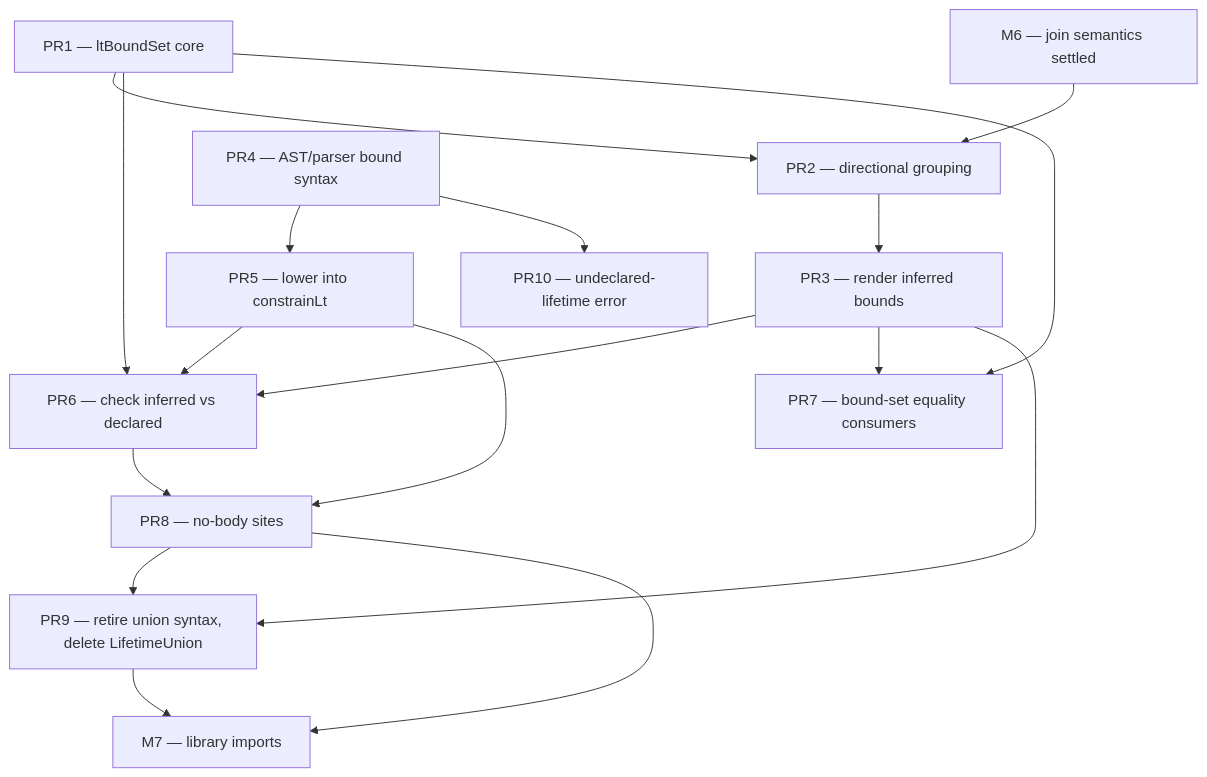
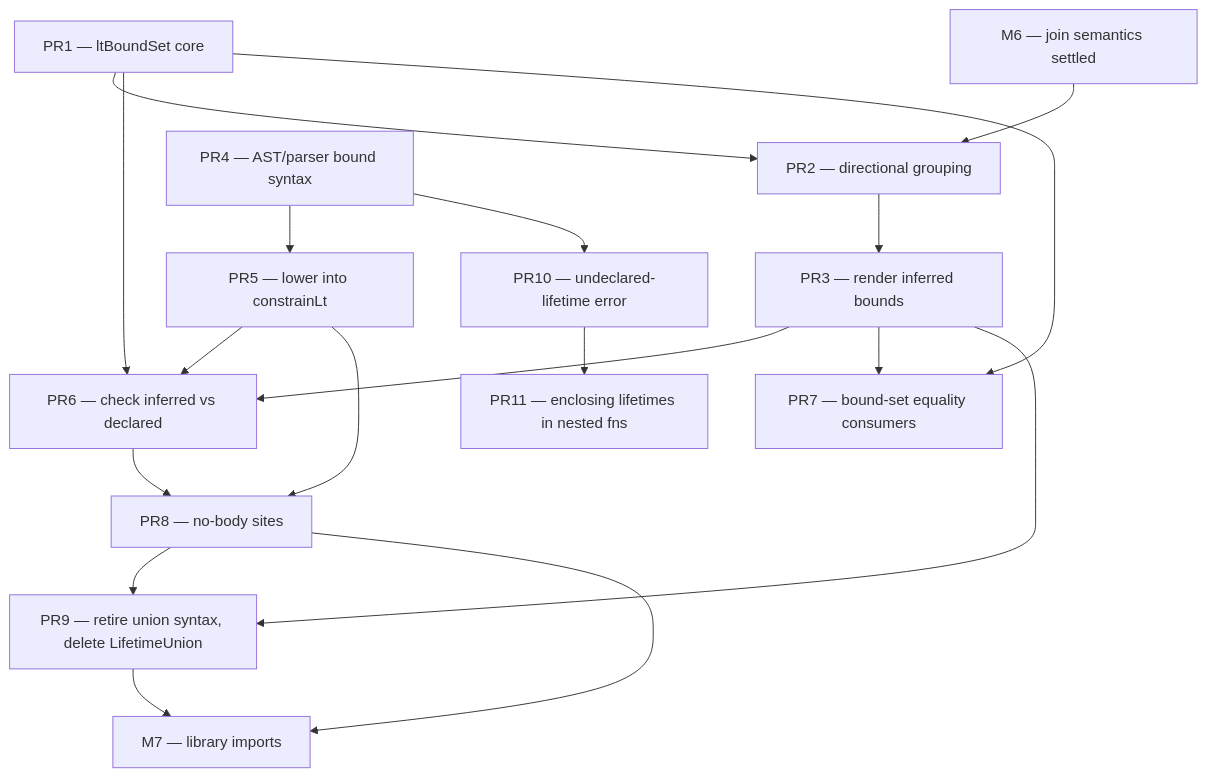
The diagram in planning/simple_sub/m6.5-implementation-plan.md (escalier-lang/escalier), drawn with Mermaid before and after one commit. The commit also changed other lines of this file, not shown here.

First line of the commit message:
Add PR11 to the M6.5 plan: enclosing lifetimes in nested functions

````diff
--- a/planning/simple_sub/m6.5-implementation-plan.md
+++ b/planning/simple_sub/m6.5-implementation-plan.md
@@ -593,19 +646,20 @@
 ```mermaid
 graph TD
     M6[M6 — join semantics settled] --> PR2
     PR1[PR1 — ltBoundSet core] --> PR2[PR2 — directional grouping]
     PR2 --> PR3[PR3 — render inferred bounds]
     PR4[PR4 — AST/parser bound syntax] --> PR5[PR5 — lower into constrainLt]
     PR4 --> PR10[PR10 — undeclared-lifetime error]
+    PR10 --> PR11[PR11 — enclosing lifetimes in nested fns]
     PR1 --> PR6
     PR3 --> PR6[PR6 — check inferred vs declared]
     PR5 --> PR6
     PR1 --> PR7[PR7 — bound-set equality consumers]
     PR3 --> PR7
     PR5 --> PR8[PR8 — no-body sites]
     PR6 --> PR8
     PR3 --> PR9[PR9 — retire union syntax, delete LifetimeUnion]
     PR8 --> PR9
     PR8 --> M7[M7 — library imports]
     PR9 --> M7
 ```
````
